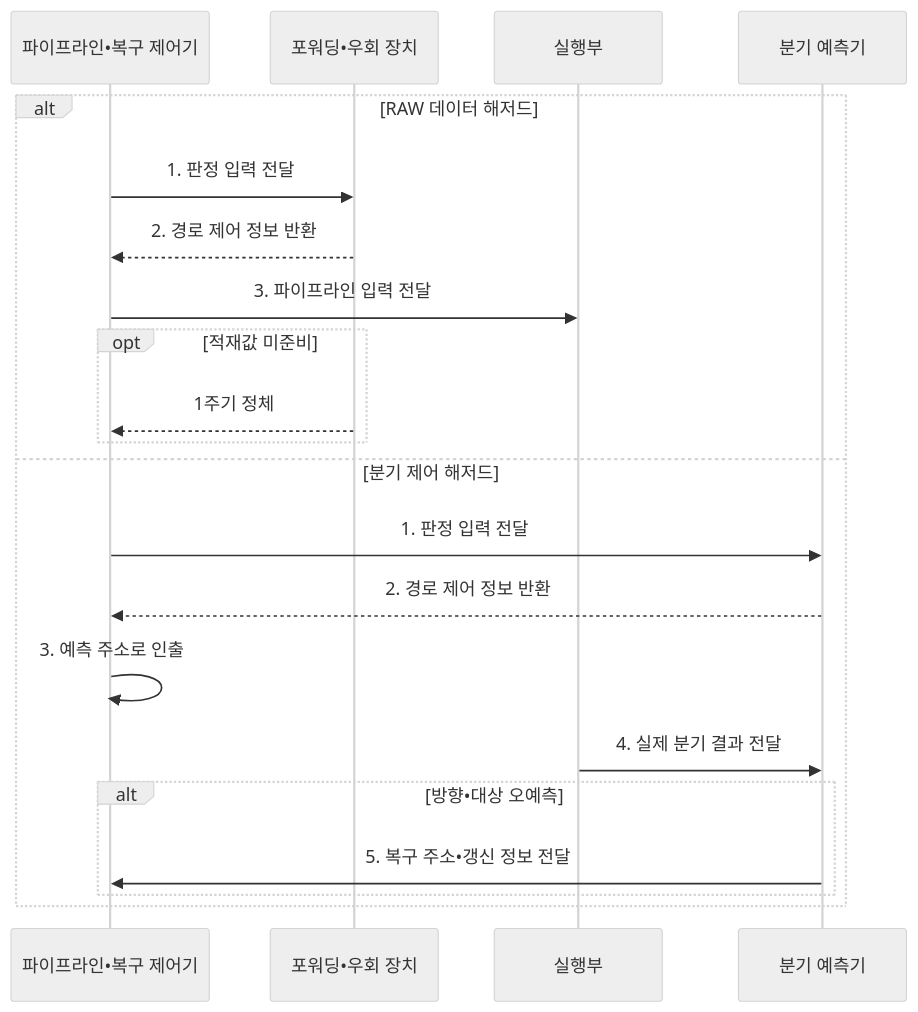
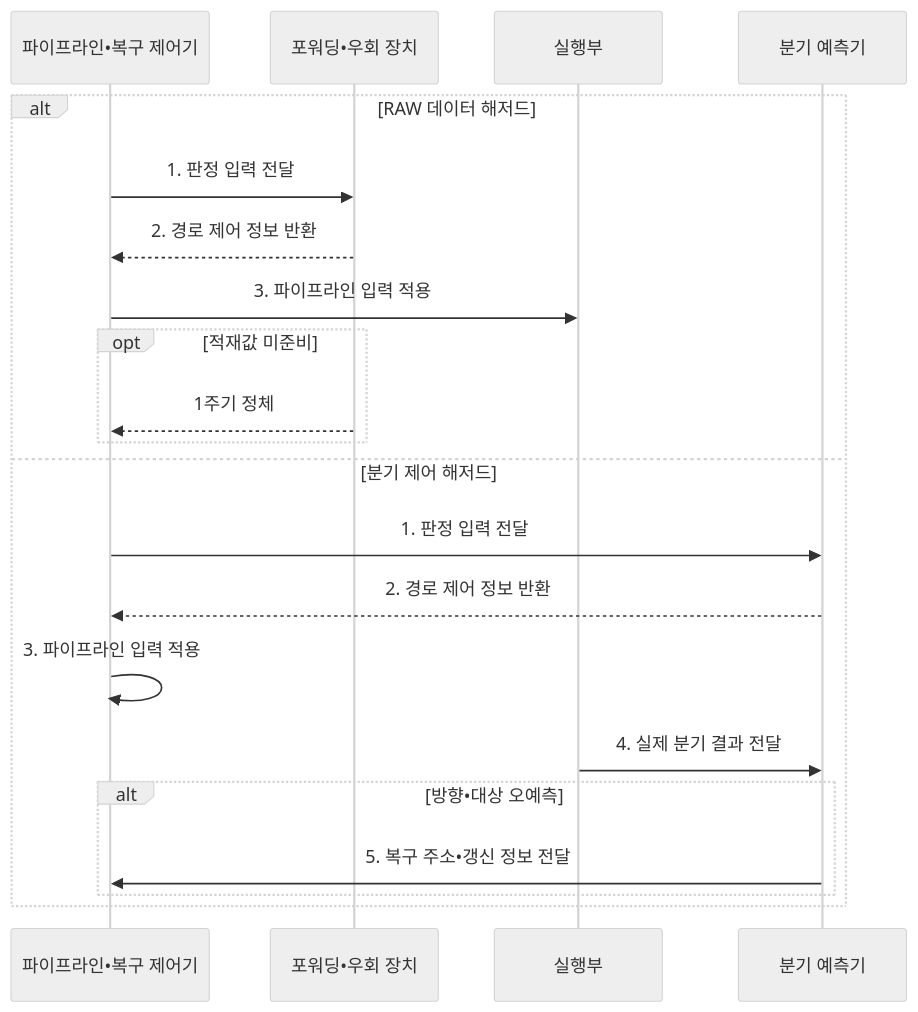
The second of 2 diagrams in src/content/docs/notes/02-hardware/008_pipeline_forwarding_branch_prediction.md (agnusdei1207/knowledge-base), drawn with Mermaid (neutral theme) before and after one commit. The commit also changed other lines of this file and 10 other files, not shown here.

````diff
--- a/src/content/docs/notes/02-hardware/008_pipeline_forwarding_branch_prediction.md
+++ b/src/content/docs/notes/02-hardware/008_pipeline_forwarding_branch_prediction.md
@@ -105,23 +105,23 @@
 ```mermaid
 sequenceDiagram
     participant C as 파이프라인•복구 제어기
     participant D as 포워딩•우회 장치
     participant E as 실행부
     participant B as 분기 예측기
     alt RAW 데이터 해저드
         C->>D: 1. 판정 입력 전달
         D-->>C: 2. 경로 제어 정보 반환
-        C->>E: 3. 파이프라인 입력 전달
+        C->>E: 3. 파이프라인 입력 적용
         opt 적재값 미준비
             D-->>C: 1주기 정체
         end
     else 분기 제어 해저드
         C->>B: 1. 판정 입력 전달
         B-->>C: 2. 경로 제어 정보 반환
-        C->>C: 3. 예측 주소로 인출
+        C->>C: 3. 파이프라인 입력 적용
         E->>B: 4. 실제 분기 결과 전달
         alt 방향•대상 오예측
             B->>C: 5. 복구 주소•갱신 정보 전달
         end
     end
 ```
````
